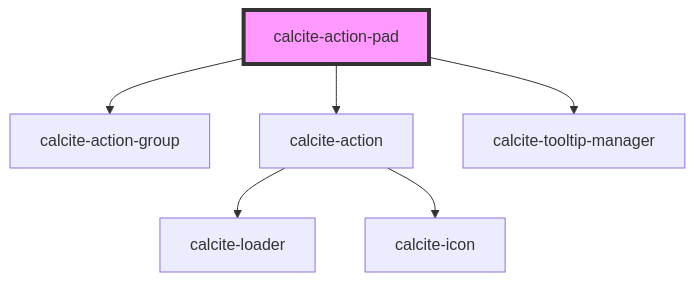
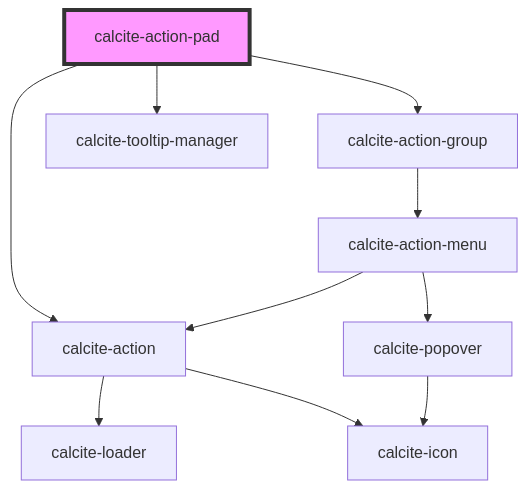
One commit to vikivakarvc/calcite-design-system changed the diagram in src/components/calcite-action-pad/readme.md. Above: the diagram before and after it, drawn with Mermaid. The commit also changed 60 other files, not shown here.

````diff
--- a/src/components/calcite-action-pad/readme.md
+++ b/src/components/calcite-action-pad/readme.md
@@ -96,9 +96,13 @@
 ```mermaid
 graph TD;
   calcite-action-pad --> calcite-action-group
   calcite-action-pad --> calcite-action
   calcite-action-pad --> calcite-tooltip-manager
+  calcite-action-group --> calcite-action-menu
+  calcite-action-menu --> calcite-action
+  calcite-action-menu --> calcite-popover
   calcite-action --> calcite-loader
   calcite-action --> calcite-icon
+  calcite-popover --> calcite-icon
   style calcite-action-pad fill:#f9f,stroke:#333,stroke-width:4px
 ```
````
